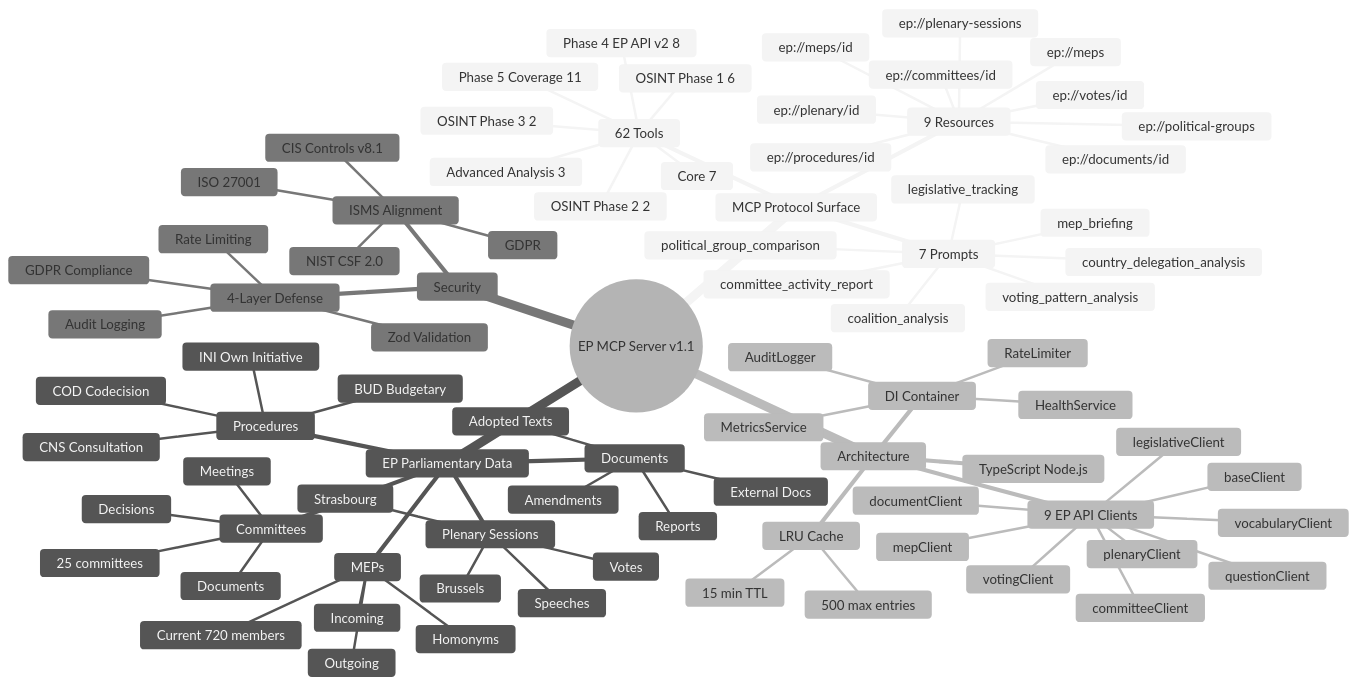
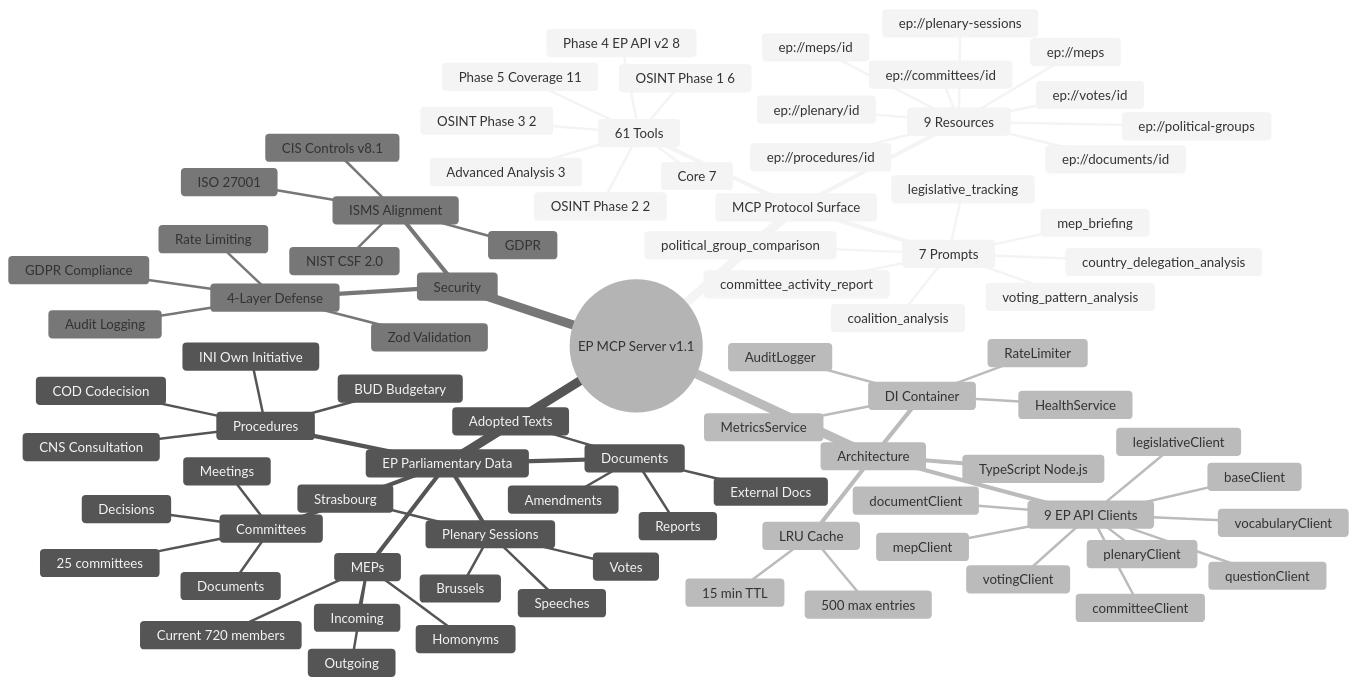
Before and after one commit to Hack23/European-Parliament-MCP-Server: the first of 5 diagrams in MINDMAP.md, drawn with Mermaid (neutral theme). The commit also changed other lines of this file and 15 other files, not shown here.

Commit message:
docs: fix tool count 62→61 (correct actual withCategory invocations), fix component diagram with feed tools

```diff
--- a/MINDMAP.md
+++ b/MINDMAP.md
@@ -55,7 +55,7 @@
 mindmap
   root((EP MCP Server v1.1))
     MCP Protocol Surface
-      62 Tools
+      61 Tools
         Core 7
         Advanced Analysis 3
         OSINT Phase 1 6
```
